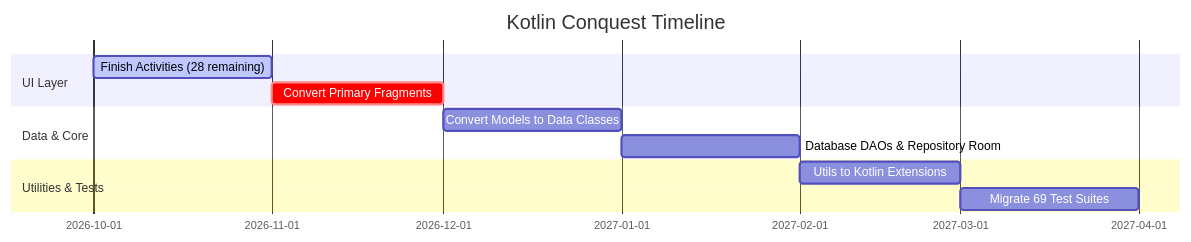
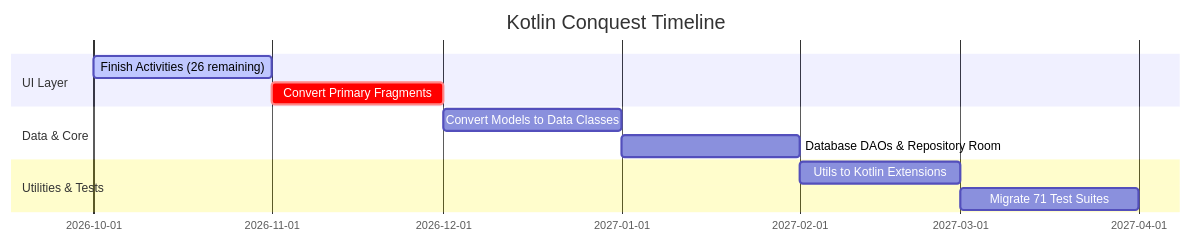
One commit to solomonrajan/cashledger changed the third of 3 diagrams in KOTLIN_MIGRATION_REPORT.md. Above: the diagram before and after it, drawn with Mermaid. The commit also changed other lines of this file, not shown here.

````diff
--- a/KOTLIN_MIGRATION_REPORT.md
+++ b/KOTLIN_MIGRATION_REPORT.md
@@ -274,14 +274,14 @@
 ```mermaid
 gantt
     title Kotlin Conquest Timeline
     dateFormat  YYYY-MM
     section UI Layer
-    Finish Activities (28 remaining) :active, act1, 2026-10, 2026-11
+    Finish Activities (26 remaining) :active, act1, 2026-10, 2026-11
     Convert Primary Fragments        :crit, act2, 2026-11, 2026-12
     section Data & Core
     Convert Models to Data Classes   :act3, 2026-12, 2027-01
     Database DAOs & Repository Room  :act4, 2027-01, 2027-02
     section Utilities & Tests
     Utils to Kotlin Extensions       :act5, 2027-02, 2027-03
-    Migrate 69 Test Suites           :act6, 2027-03, 2027-04
+    Migrate 71 Test Suites           :act6, 2027-03, 2027-04
 ```
````
